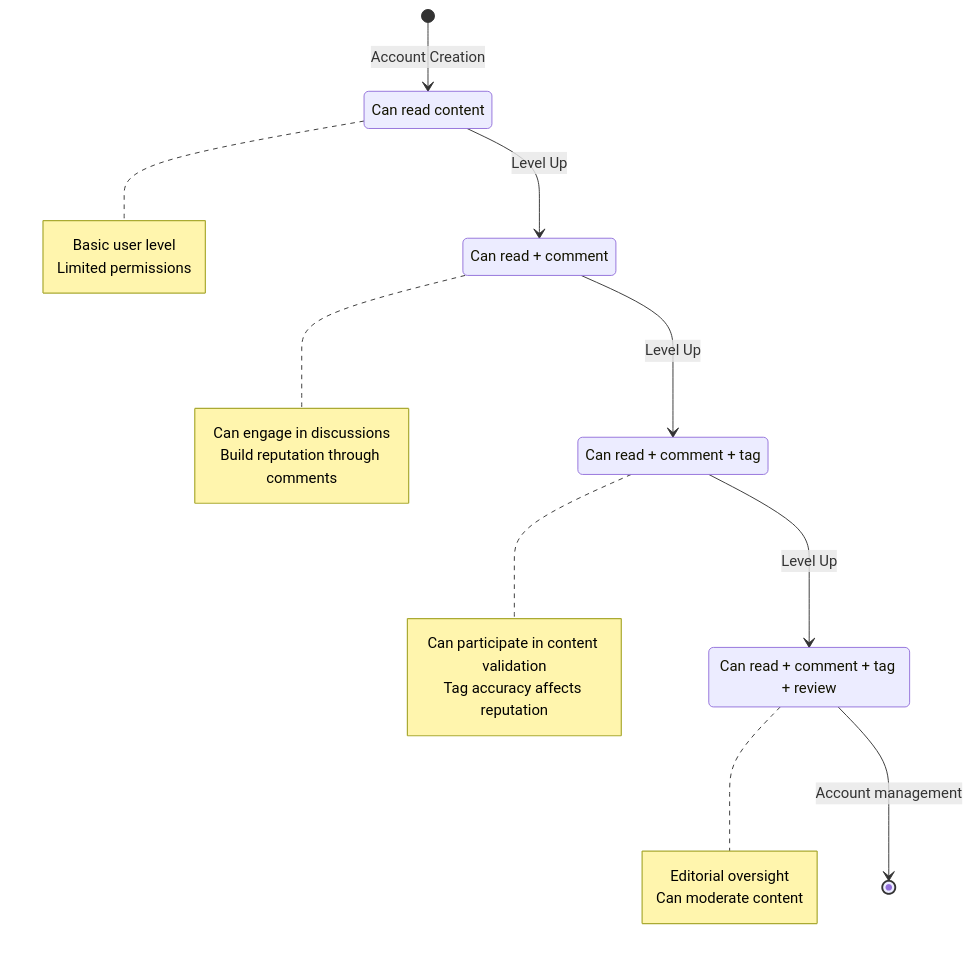
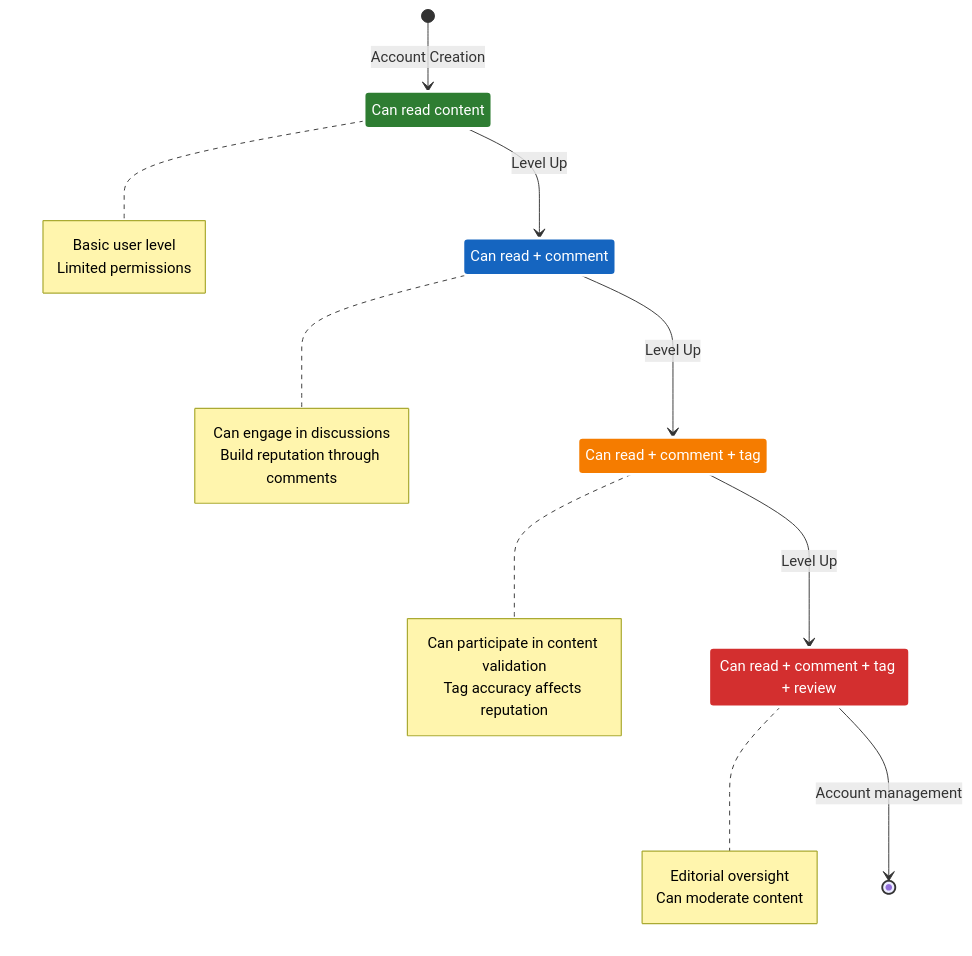
The diagram in diagrams/user_progression_system.md (kakchouch/hume_social), drawn with Mermaid before and after one commit. The commit also changed 3 other files, not shown here.

Commit message:
adjusted colors in diagrams

````diff
--- a/diagrams/user_progression_system.md
+++ b/diagrams/user_progression_system.md
@@ -3,35 +3,46 @@
 ```mermaid
 stateDiagram-v2
     [*] --> Reader: Account Creation
 
     Reader --> Commentator: Level Up
     Commentator --> Tagger: Level Up
     Tagger --> Reviewer: Level Up
 
     Reader: Can read content
     Commentator: Can read + comment
     Tagger: Can read + comment + tag
     Reviewer: Can read + comment + tag + review
 
     note right of Reader
         Basic user level
         Limited permissions
     end note
 
     note right of Commentator
         Can engage in discussions
         Build reputation through comments
     end note
 
     note right of Tagger
         Can participate in content validation
         Tag accuracy affects reputation
     end note
 
     note right of Reviewer
         Editorial oversight
         Can moderate content
     end note
 
     Reviewer --> [*]: Account management
+
+    %% Styling - High Contrast Theme
+    classDef readerClass fill:#2e7d32,stroke:#ffffff,stroke-width:3px,color:#ffffff
+    classDef commentatorClass fill:#1565c0,stroke:#ffffff,stroke-width:3px,color:#ffffff
+    classDef taggerClass fill:#f57c00,stroke:#ffffff,stroke-width:3px,color:#ffffff
+    classDef reviewerClass fill:#d32f2f,stroke:#ffffff,stroke-width:3px,color:#ffffff
+
+    class Reader readerClass
+    class Commentator commentatorClass
+    class Tagger taggerClass
+    class Reviewer reviewerClass
 ```
````
